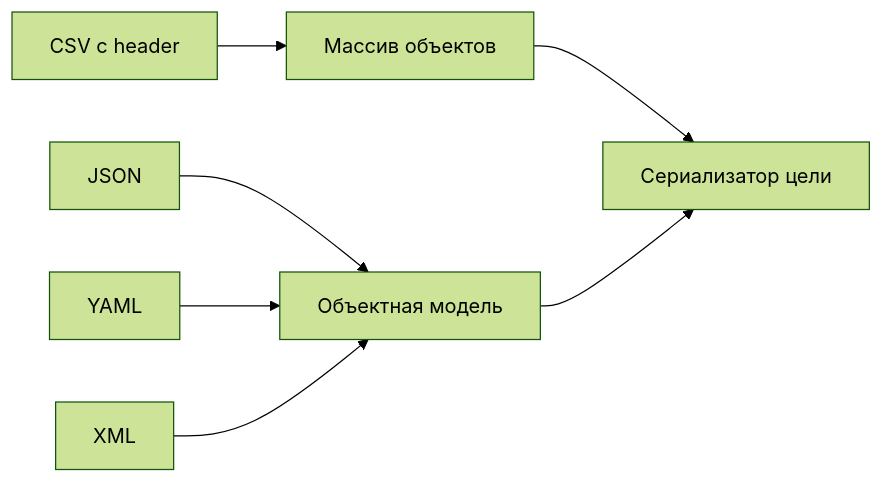
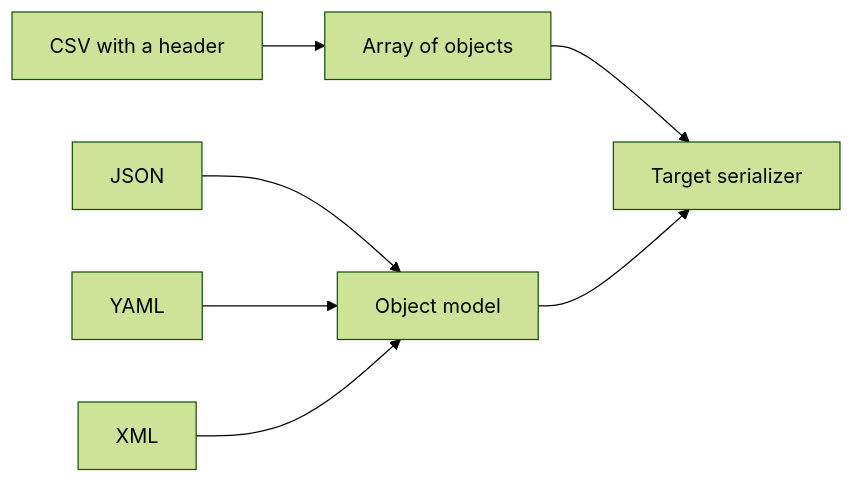
The second of 2 diagrams in courses-content/backend/A/1/en/4.2.1 Трансформация текстовых форматов.md (pavel-skripko-innowise/inno-fe-be-a1), drawn with Mermaid (forest theme) before and after one commit. The commit also changed other lines of this file and 35 other files, not shown here.

````diff
--- a/courses-content/backend/A/1/en/4.2.1 Трансформация текстовых форматов.md
+++ b/courses-content/backend/A/1/en/4.2.1 Трансформация текстовых форматов.md
@@ -55,9 +55,9 @@
 ```mermaid
 flowchart LR
-  CSV[CSV с header] --> Rows[Массив объектов]
-  JSON[JSON] --> Data[Объектная модель]
+  CSV[CSV with a header] --> Rows[Array of objects]
+  JSON[JSON] --> Data[Object model]
   YAML[YAML] --> Data
   XML[XML] --> Data
-  Rows --> Target[Сериализатор цели]
+  Rows --> Target[Target serializer]
   Data --> Target
 ```
````
